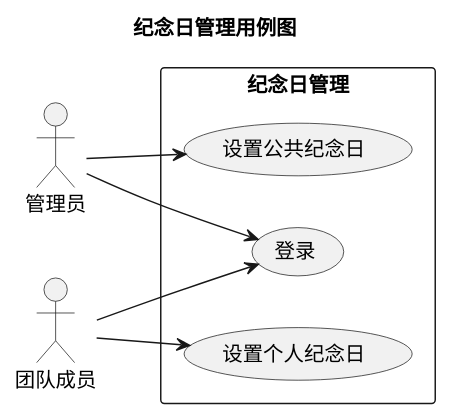
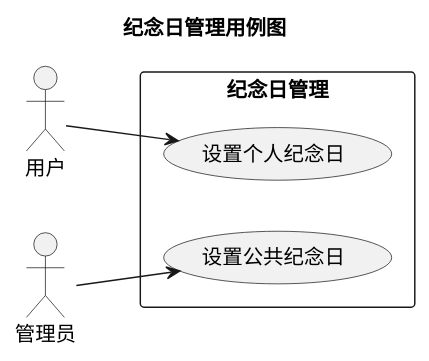
The sixth of 6 diagrams in 产品资料/0_需求/ConDili_软件需求规格说明书.md (LampingSu/ocagents), drawn with PlantUML before and after one commit. The commit also changed other lines of this file and 3 other files, not shown here.

````diff
--- a/产品资料/0_需求/ConDili_软件需求规格说明书.md
+++ b/产品资料/0_需求/ConDili_软件需求规格说明书.md
@@ -455,16 +438,13 @@
 ```plantuml
 @startuml
 title 纪念日管理用例图
 left to right direction
+actor 用户
 actor 管理员
-actor 团队成员
 
 rectangle "纪念日管理" {
-  管理员 --> (登录)
   管理员 --> (设置公共纪念日)
-  
-  团队成员 --> (登录)
-  团队成员 --> (设置个人纪念日)
+  用户 --> (设置个人纪念日)
 }
 @enduml
 ```
````
